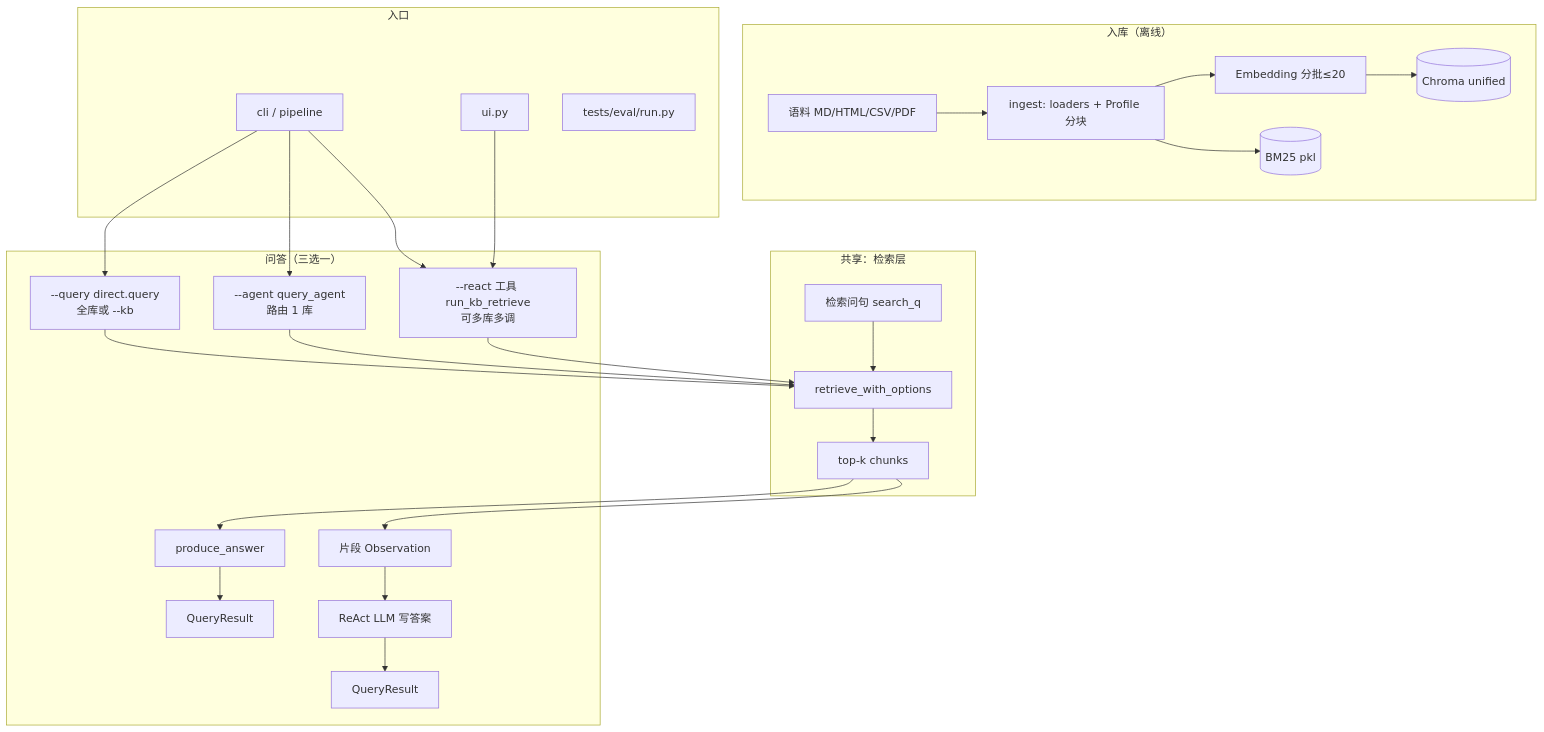
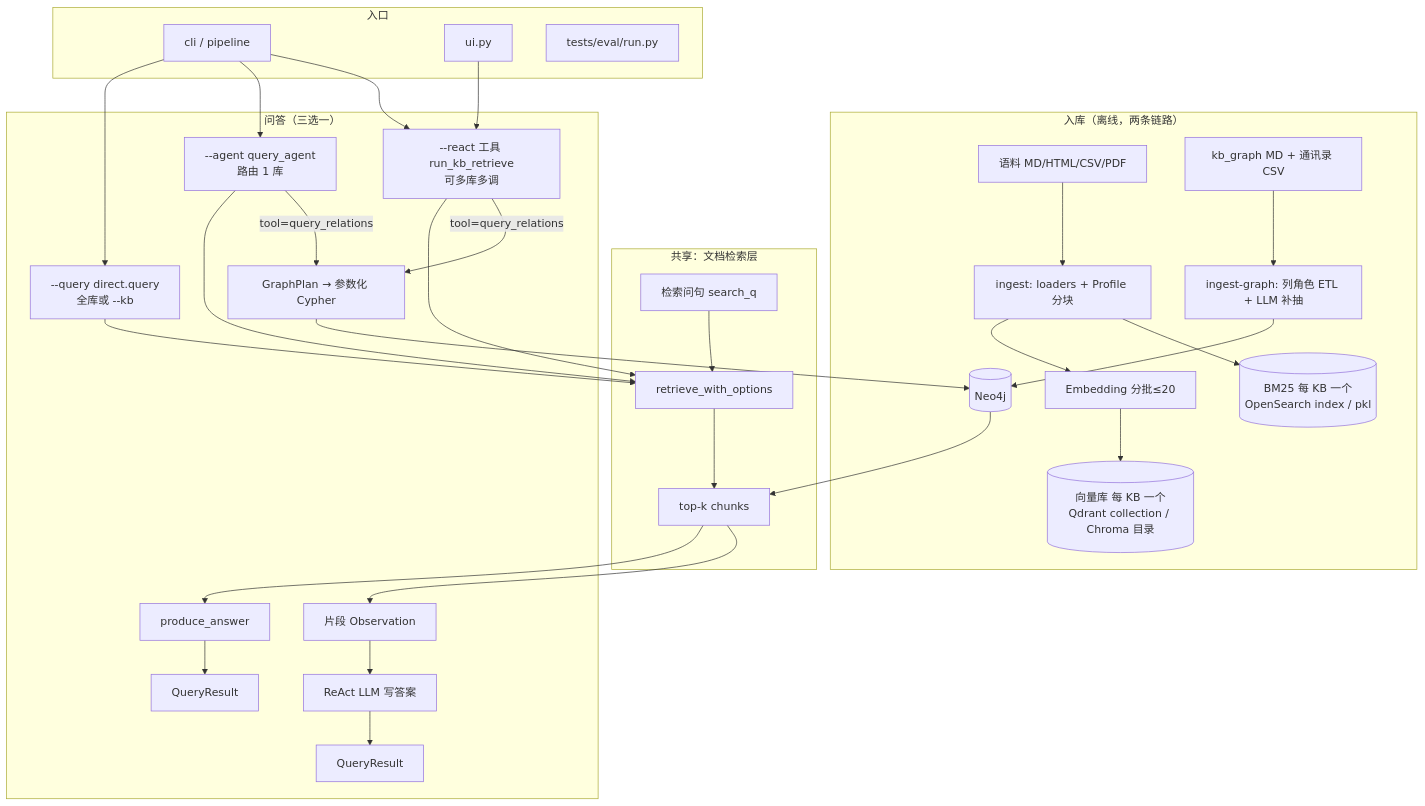
The diagram in docs/architecture.md (Issho-lin/rag-knowledge-assistant), drawn with Mermaid before and after one commit. The commit also changed other lines of this file and 7 other files, not shown here.

Commit message:
feat: graph-rag相关文档补充

````diff
--- a/docs/architecture.md
+++ b/docs/architecture.md
@@ -34,34 +35,40 @@
 ```mermaid
 flowchart TB
-    subgraph ingest["入库（离线）"]
+    subgraph ingest["入库（离线，两条链路）"]
         A1[语料 MD/HTML/CSV/PDF] --> A2[ingest: loaders + Profile 分块]
         A2 --> A3[Embedding 分批≤20]
-        A3 --> A4[(Chroma unified)]
-        A2 --> A5[(BM25 pkl)]
+        A3 --> A4[("向量库 每 KB 一个<br/>Qdrant collection / Chroma 目录")]
+        A2 --> A5[("BM25 每 KB 一个<br/>OpenSearch index / pkl")]
+        G1[kb_graph MD + 通讯录 CSV] --> G2[ingest-graph: 列角色 ETL + LLM 补抽]
+        G2 --> G3[(Neo4j)]
     end
 
-    subgraph shared["共享：检索层"]
+    subgraph shared["共享：文档检索层"]
         SQ[检索问句 search_q] --> RET[retrieve_with_options]
         RET --> OUTC[top-k chunks]
     end
 
     subgraph modes["问答（三选一）"]
         M1["--query direct.query<br/>全库或 --kb"] --> RET
         M2["--agent query_agent<br/>路由 1 库"] --> RET
         M3["--react 工具 run_kb_retrieve<br/>可多库多调"] --> RET
+        M2 -->|"tool=query_relations"| GQ["GraphPlan → 参数化 Cypher"]
+        M3 -->|"tool=query_relations"| GQ
+        GQ --> G3
+        G3 --> OUTC
         OUTC --> PA[produce_answer]
         PA --> QR1[QueryResult]
         OUTC --> OBS[片段 Observation]
         OBS --> AG[ReAct LLM 写答案]
         AG --> QR2[QueryResult]
     end
 
     subgraph surface["入口"]
         CLI["cli / pipeline"]
         UI[ui.py]
         EV[tests/eval/run.py]
     end
 
     CLI --> M1 & M2 & M3
     UI --> M3
 ```
````
